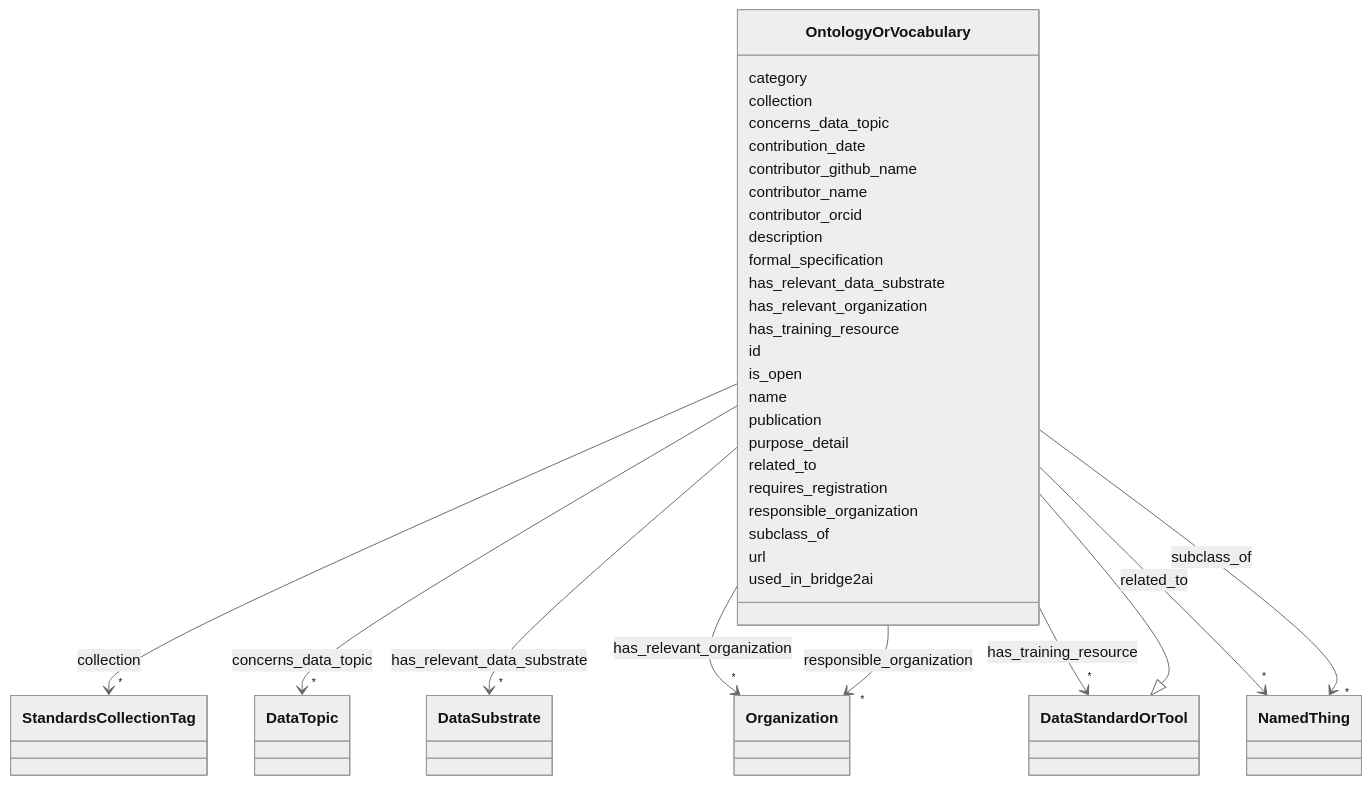
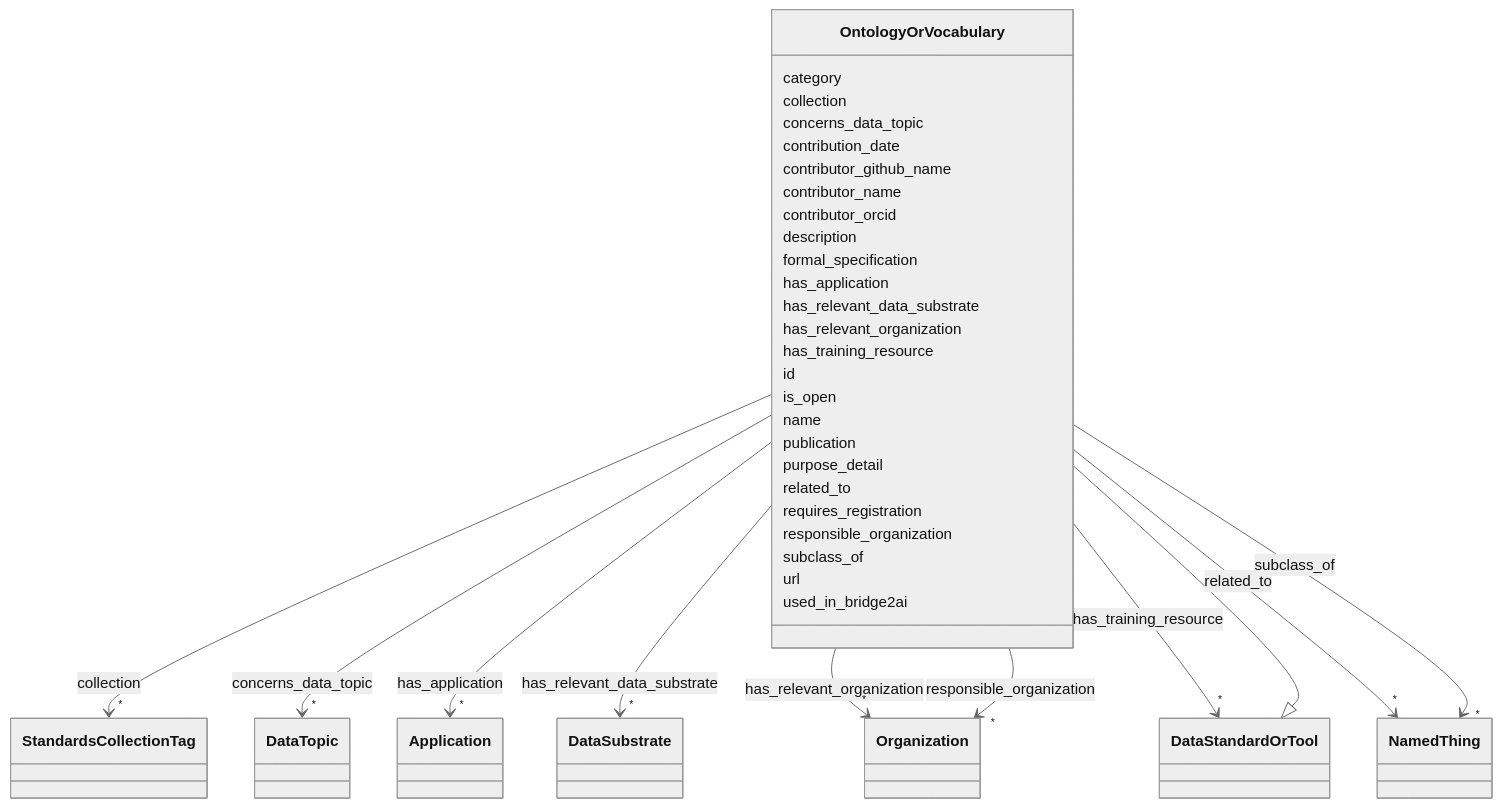
One commit to bridge2ai/standards-schemas changed the diagram in docs/OntologyOrVocabulary.md. Above: the diagram before and after it, drawn with Mermaid (neutral theme). The commit also changed other lines of this file and 54 other files, not shown here.

Commit message:
Update schema artifacts

```diff
--- a/docs/OntologyOrVocabulary.md
+++ b/docs/OntologyOrVocabulary.md
@@ -57,6 +57,17 @@
       OntologyOrVocabulary : description
         
       OntologyOrVocabulary : formal_specification
+        
+      OntologyOrVocabulary : has_application
+        
+          
+    
+        
+        
+        OntologyOrVocabulary --> "*" Application : has_application
+        click Application href "../Application/"
+    
+
         
       OntologyOrVocabulary : has_relevant_data_substrate
         
```
